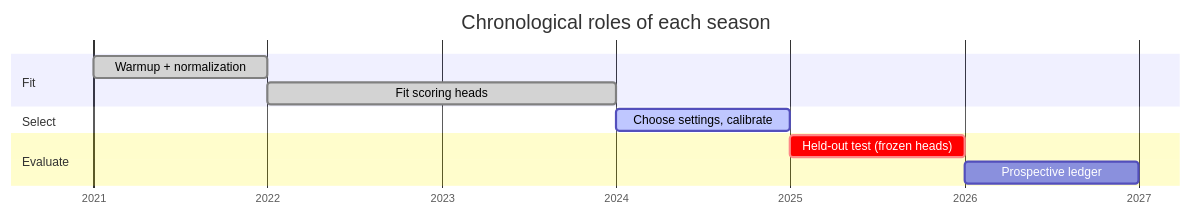
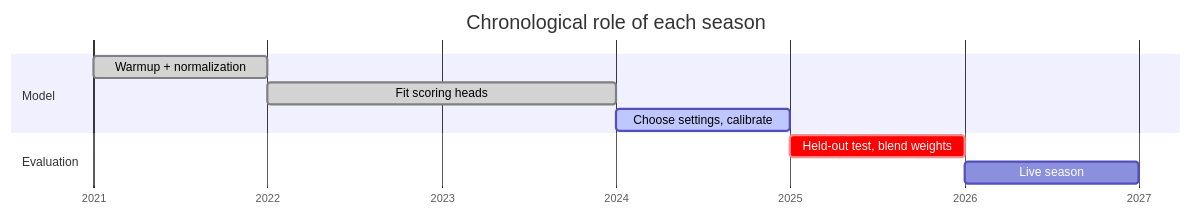
One commit to bngomez98/cfb-forecast changed the fifth of 5 diagrams in README.md. Above: the diagram before and after it, drawn with Mermaid. The commit also changed other lines of this file and 26 other files, not shown here.

````diff
--- a/README.md
+++ b/README.md
@@ -121,14 +189,13 @@
 ```mermaid
 gantt
-    title Chronological roles of each season
+    title Chronological role of each season
     dateFormat YYYY
     axisFormat %Y
-    section Fit
-    Warmup + normalization        :done, 2021, 2022
-    Fit scoring heads             :done, 2022, 2024
-    section Select
-    Choose settings, calibrate    :active, 2024, 2025
-    section Evaluate
-    Held-out test (frozen heads)  :crit, 2025, 2026
-    Prospective ledger            :2026, 2027
+    section Model
+    Warmup + normalization          :done, 2021, 2022
+    Fit scoring heads               :done, 2022, 2024
+    Choose settings, calibrate      :active, 2024, 2025
+    section Evaluation
+    Held-out test, blend weights    :crit, 2025, 2026
+    Live season                     :2026, 2027
 ```
````
